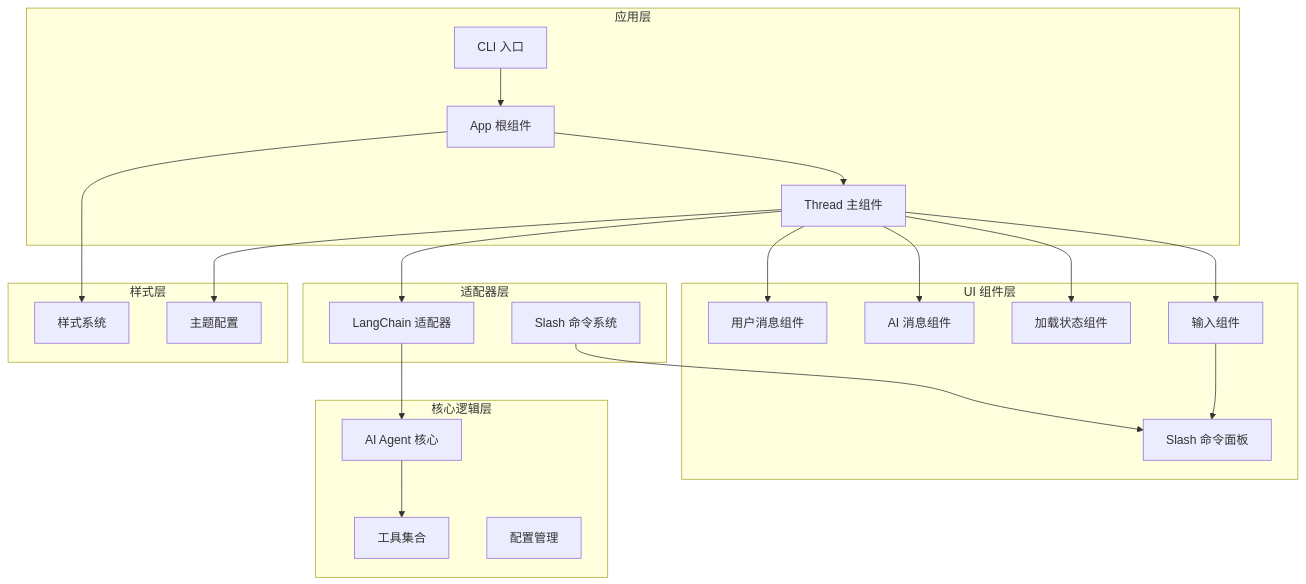
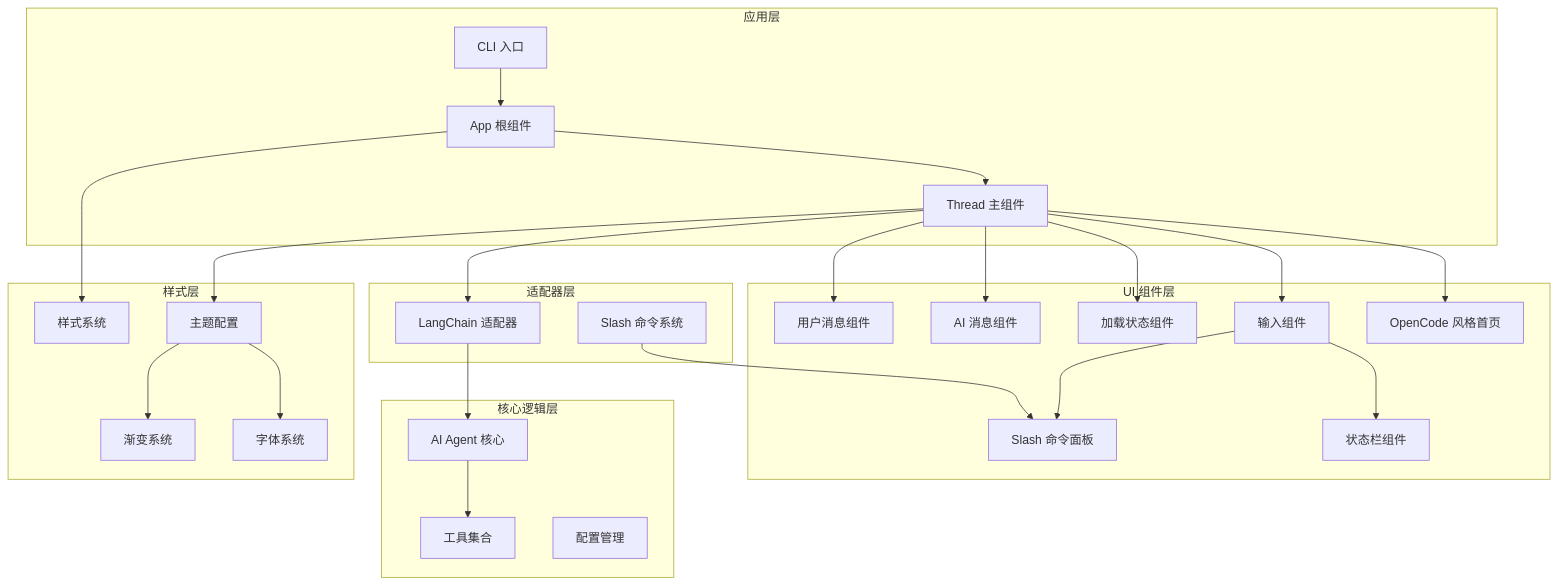
The first of 11 diagrams in .qoder/repowiki/zh/content/核心架构/React 终端 UI 组件.md (HAOFUYANG/onion-code), drawn with Mermaid before and after one commit. The commit also changed other lines of this file and 32 other files, not shown here.

````diff
--- a/.qoder/repowiki/zh/content/核心架构/React 终端 UI 组件.md
+++ b/.qoder/repowiki/zh/content/核心架构/React 终端 UI 组件.md
@@ -43,41 +55,49 @@
 ```mermaid
 graph TB
 subgraph "应用层"
 CLI[CLI 入口]
 App[App 根组件]
 Thread[Thread 主组件]
 end
 subgraph "UI 组件层"
 UserMsg[用户消息组件]
 AIMsg[AI 消息组件]
 Loading[加载状态组件]
 Composer[输入组件]
 SlashPanel[Slash 命令面板]
+HomePage[OpenCode 风格首页]
+StatusBar[状态栏组件]
 end
 subgraph "适配器层"
 Adapter[LangChain 适配器]
 Commands[Slash 命令系统]
 end
 subgraph "核心逻辑层"
 Agent[AI Agent 核心]
 Tools[工具集合]
 Config[配置管理]
 end
 subgraph "样式层"
 Style[样式系统]
 Theme[主题配置]
+Gradient[渐变系统]
+Figlet[字体系统]
 end
 CLI --> App
 App --> Thread
+Thread --> HomePage
 Thread --> UserMsg
 Thread --> AIMsg
 Thread --> Loading
 Thread --> Composer
 Composer --> SlashPanel
+Composer --> StatusBar
 Thread --> Adapter
 Adapter --> Agent
 Agent --> Tools
 App --> Style
 Thread --> Theme
+Theme --> Gradient
+Theme --> Figlet
 Commands --> SlashPanel
 ```
````
